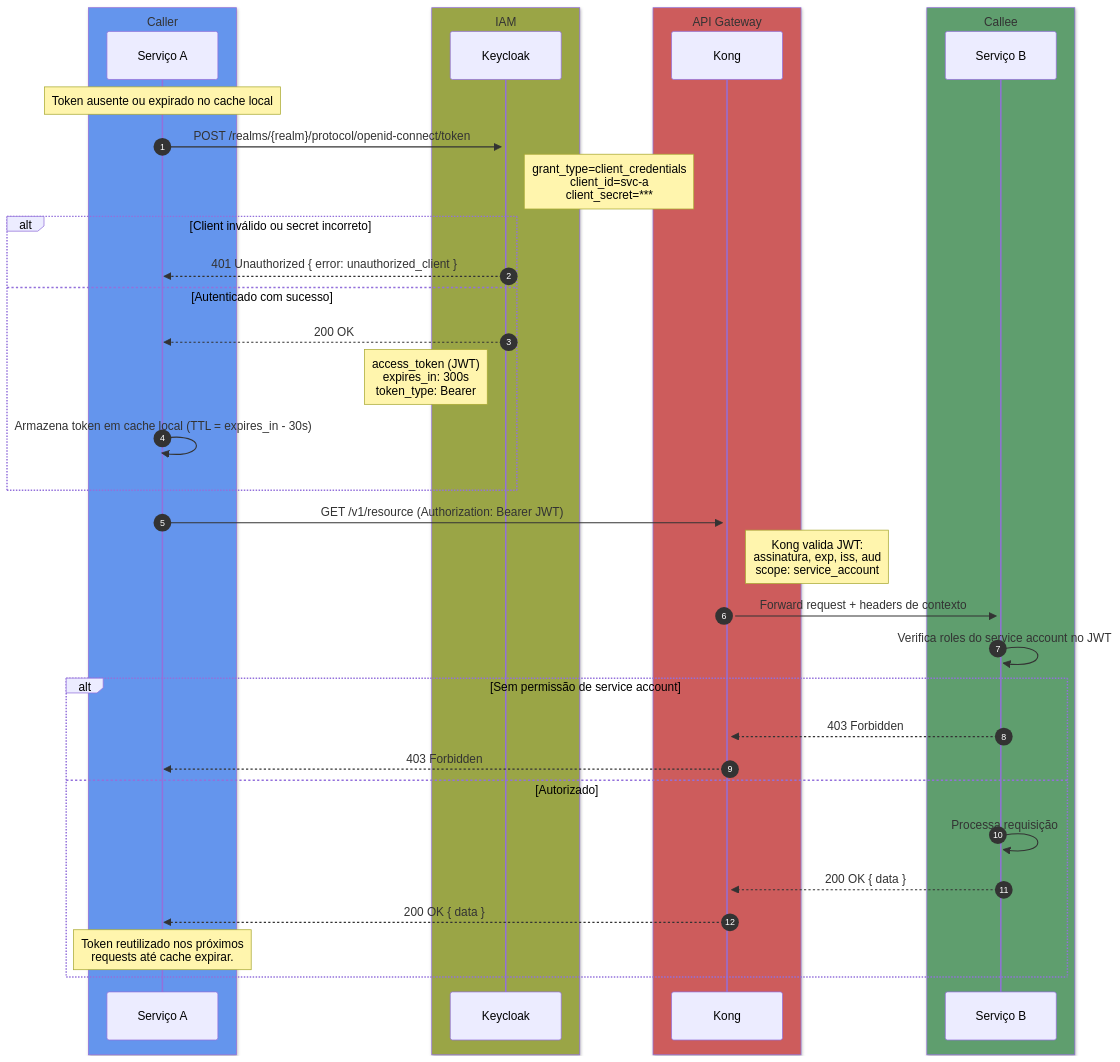
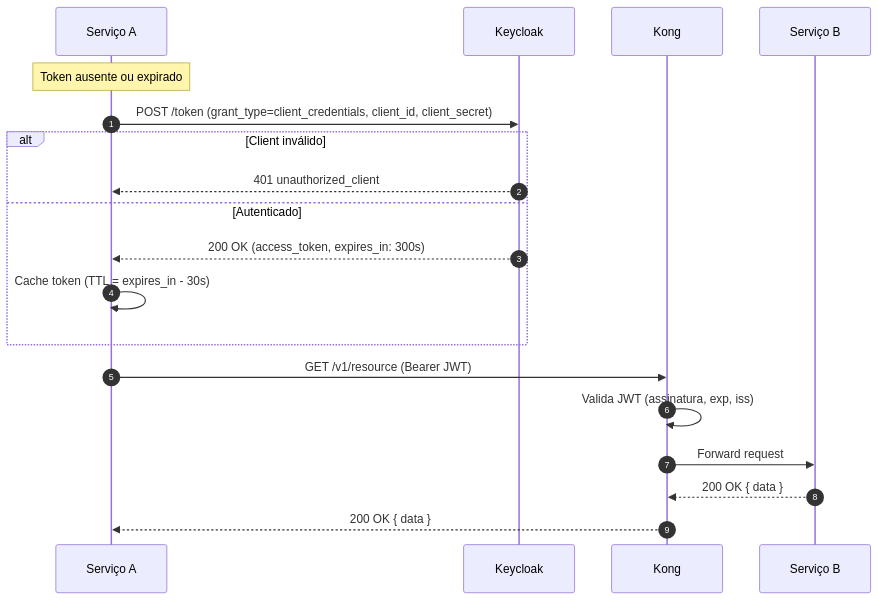
One commit to LeoGBarros/AI_Project changed the diagram in docs/diagrams/auth-client-credentials-s2s.md. Above: the diagram before and after it, drawn with Mermaid. The commit also changed other lines of this file and 6 other files, not shown here.

Commit message:
fix diagrams

````diff
--- a/docs/diagrams/auth-client-credentials-s2s.md
+++ b/docs/diagrams/auth-client-credentials-s2s.md
@@ -66,46 +41,27 @@
 ```mermaid
 sequenceDiagram
     autonumber
 
-    box rgb(100, 149, 237) Caller
-        participant SvcA as Serviço A
-    end
-    box rgb(154, 165, 70) IAM
-        participant Keycloak as Keycloak
-    end
-    box rgb(205, 92, 92) API Gateway
-        participant Kong as Kong
-    end
-    box rgb(95, 158, 110) Callee
-        participant SvcB as Serviço B
+    participant SvcA as Serviço A
+    participant Keycloak as Keycloak
+    participant Kong as Kong
+    participant SvcB as Serviço B
+
+    Note over SvcA: Token ausente ou expirado
+
+    SvcA->>Keycloak: POST /token (grant_type=client_credentials, client_id, client_secret)
+
+    alt Client inválido
+        Keycloak-->>SvcA: 401 unauthorized_client
+    else Autenticado
+        Keycloak-->>SvcA: 200 OK (access_token, expires_in: 300s)
+        SvcA->>SvcA: Cache token (TTL = expires_in - 30s)
     end
 
-    Note over SvcA: Token ausente ou expirado no cache local
+    SvcA->>Kong: GET /v1/resource (Bearer JWT)
+    Kong->>Kong: Valida JWT (assinatura, exp, iss)
+    Kong->>SvcB: Forward request
 
-    SvcA->>+Keycloak: POST /realms/{realm}/protocol/openid-connect/token
-    Note right of Keycloak: grant_type=client_credentials<br/>client_id=svc-a<br/>client_secret=***
-
-    alt Client inválido ou secret incorreto
-        Keycloak-->>SvcA: 401 Unauthorized { error: unauthorized_client }
-    else Autenticado com sucesso
-        Keycloak-->>SvcA: 200 OK
-        Note left of Keycloak: access_token (JWT)<br/>expires_in: 300s<br/>token_type: Bearer
-        SvcA->>SvcA: Armazena token em cache local (TTL = expires_in - 30s)
-    end
-
-    SvcA->>+Kong: GET /v1/resource (Authorization: Bearer JWT)
-    Note right of Kong: Kong valida JWT:<br/>assinatura, exp, iss, aud<br/>scope: service_account
-    Kong->>+SvcB: Forward request + headers de contexto
-
-    SvcB->>SvcB: Verifica roles do service account no JWT
-
-    alt Sem permissão de service account
-        SvcB-->>Kong: 403 Forbidden
-        Kong-->>SvcA: 403 Forbidden
-    else Autorizado
-        SvcB->>SvcB: Processa requisição
-        SvcB-->>Kong: 200 OK { data }
-        Kong-->>SvcA: 200 OK { data }
-        Note over SvcA: Token reutilizado nos próximos<br/>requests até cache expirar.
-    end
+    SvcB-->>Kong: 200 OK { data }
+    Kong-->>SvcA: 200 OK { data }
 ```
````
